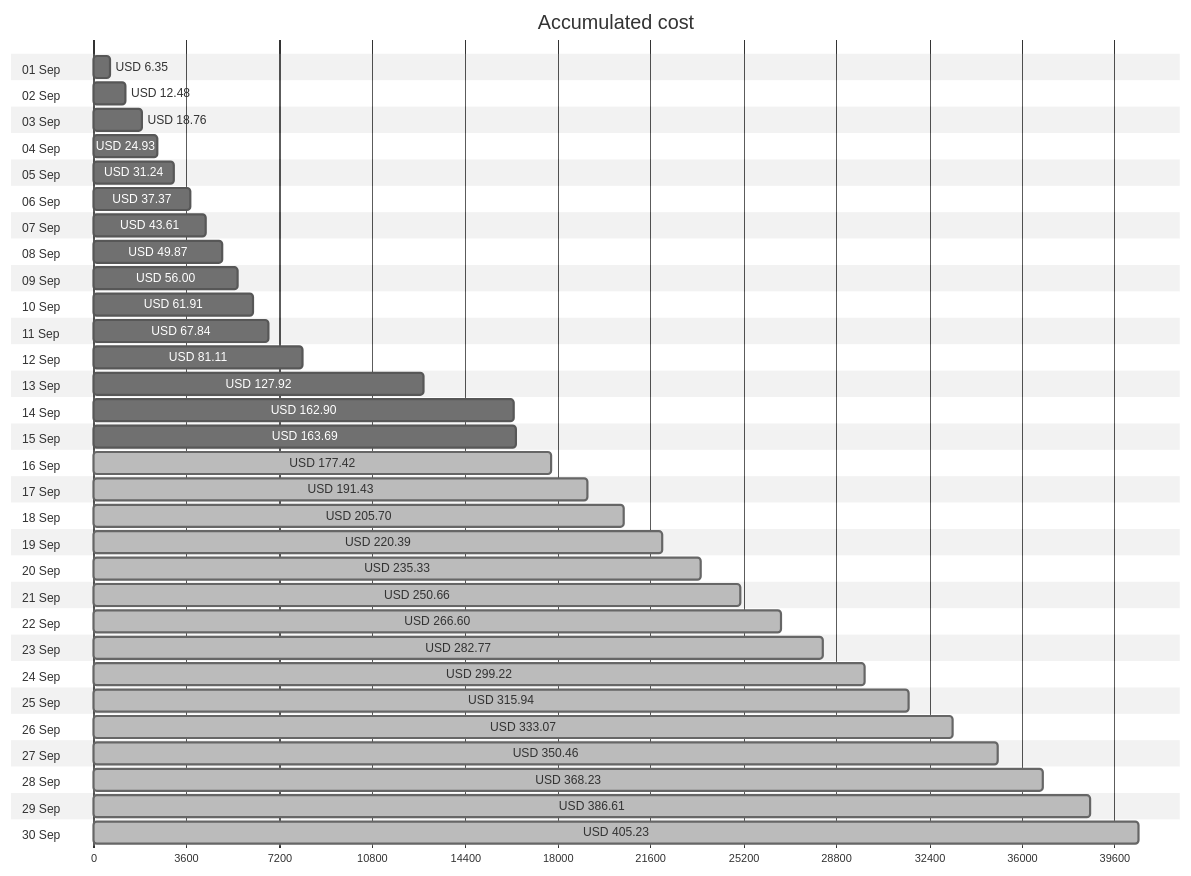
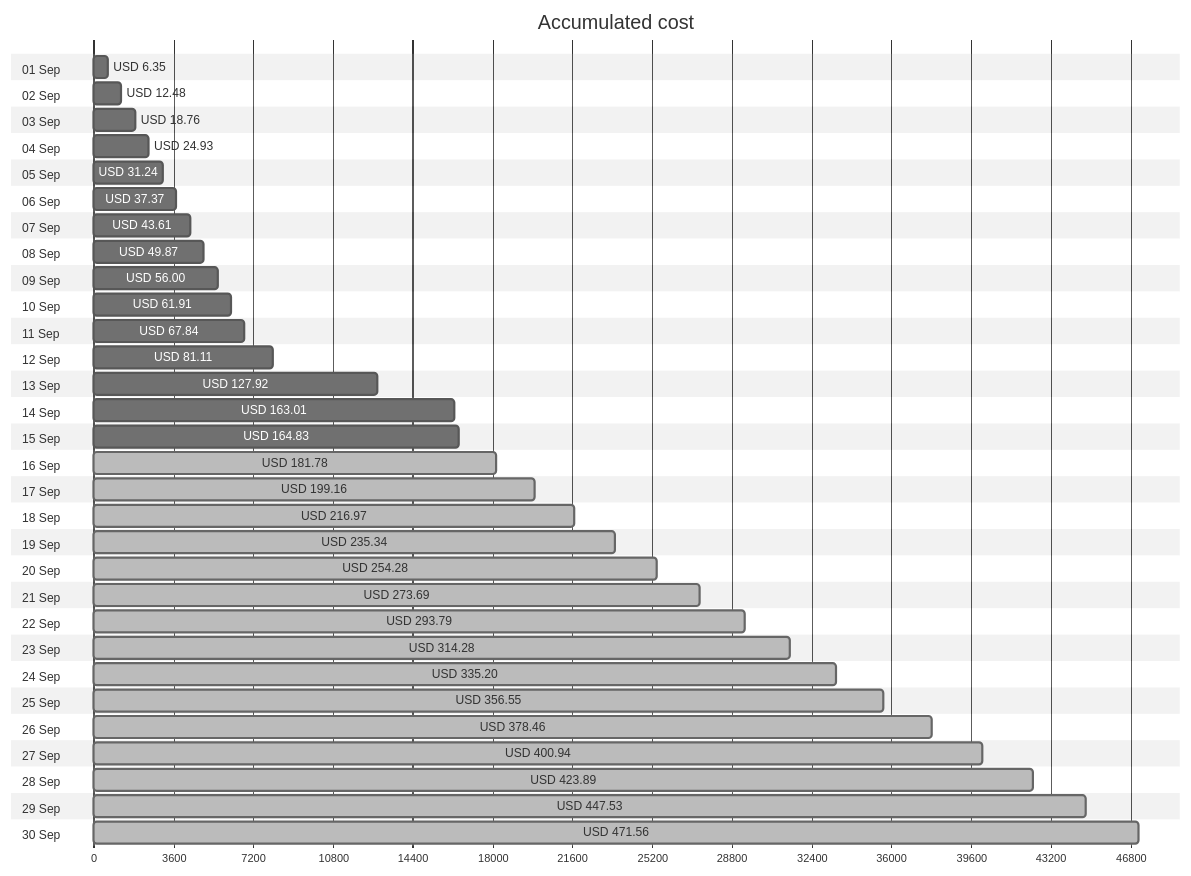
One commit to jpfulton/azure-personal-reports changed the first of 4 diagrams in cost-reports/accumulated-cost.md. Above: the diagram before and after it, drawn with Mermaid (neutral theme). The commit also changed other lines of this file and 3 other files, not shown here.

````diff
--- a/cost-reports/accumulated-cost.md
+++ b/cost-reports/accumulated-cost.md
@@ -20,66 +20,66 @@
 ```mermaid
 gantt
    title Accumulated cost
    dateFormat  X
    axisFormat %s
    section 01 Sep
    USD 6.35 :0, 635
    section 02 Sep
    USD 12.48 :0, 1248
    section 03 Sep
    USD 18.76 :0, 1876
    section 04 Sep
    USD 24.93 :0, 2493
    section 05 Sep
    USD 31.24 :0, 3124
    section 06 Sep
    USD 37.37 :0, 3737
    section 07 Sep
    USD 43.61 :0, 4361
    section 08 Sep
    USD 49.87 :0, 4987
    section 09 Sep
    USD 56.00 :0, 5600
    section 10 Sep
    USD 61.91 :0, 6191
    section 11 Sep
    USD 67.84 :0, 6784
    section 12 Sep
    USD 81.11 :0, 8111
    section 13 Sep
    USD 127.92 :0, 12792
    section 14 Sep
-   USD 162.90 :0, 16290
+   USD 163.01 :0, 16301
    section 15 Sep
-   USD 163.69 :0, 16369
+   USD 164.83 :0, 16483
    section 16 Sep
-   USD 177.42 : done, 0, 17742
+   USD 181.78 : done, 0, 18178
    section 17 Sep
-   USD 191.43 : done, 0, 19143
+   USD 199.16 : done, 0, 19916
    section 18 Sep
-   USD 205.70 : done, 0, 20570
+   USD 216.97 : done, 0, 21697
    section 19 Sep
-   USD 220.39 : done, 0, 22039
+   USD 235.34 : done, 0, 23534
    section 20 Sep
-   USD 235.33 : done, 0, 23533
+   USD 254.28 : done, 0, 25428
    section 21 Sep
-   USD 250.66 : done, 0, 25066
+   USD 273.69 : done, 0, 27369
    section 22 Sep
-   USD 266.60 : done, 0, 26660
+   USD 293.79 : done, 0, 29379
    section 23 Sep
-   USD 282.77 : done, 0, 28277
+   USD 314.28 : done, 0, 31428
    section 24 Sep
-   USD 299.22 : done, 0, 29922
+   USD 335.20 : done, 0, 33520
    section 25 Sep
-   USD 315.94 : done, 0, 31594
+   USD 356.55 : done, 0, 35655
    section 26 Sep
-   USD 333.07 : done, 0, 33307
+   USD 378.46 : done, 0, 37846
    section 27 Sep
-   USD 350.46 : done, 0, 35046
+   USD 400.94 : done, 0, 40094
    section 28 Sep
-   USD 368.23 : done, 0, 36823
+   USD 423.89 : done, 0, 42389
    section 29 Sep
-   USD 386.61 : done, 0, 38661
+   USD 447.53 : done, 0, 44753
    section 30 Sep
-   USD 405.23 : done, 0, 40523
+   USD 471.56 : done, 0, 47156
 ```
````
